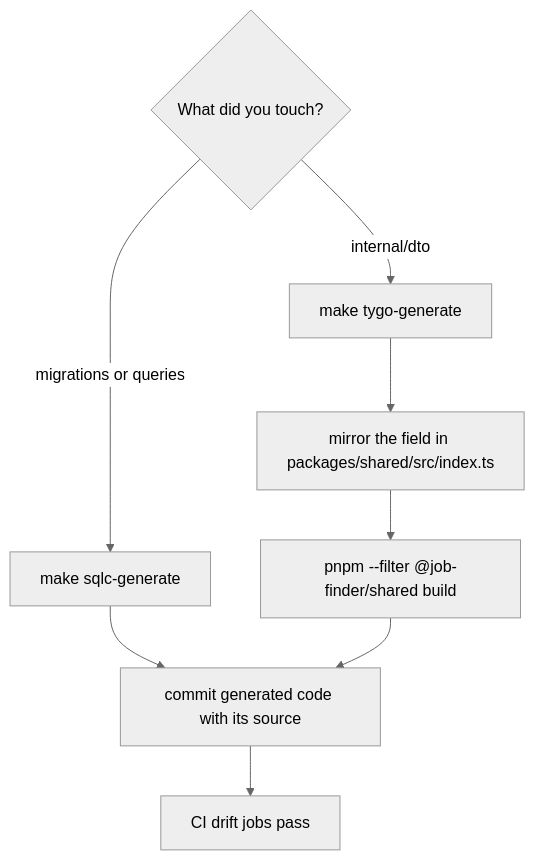
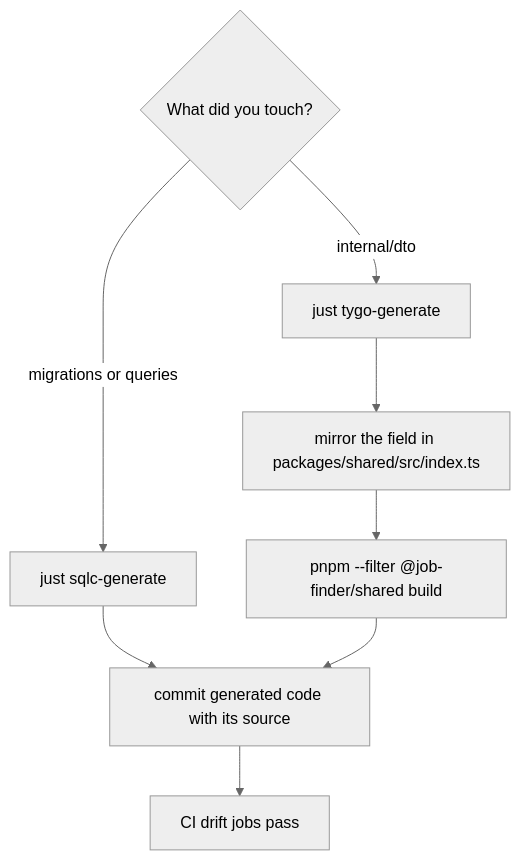
The second of 3 diagrams in docs/docs/operations/contributing.md (nonamecat19/job-finder), drawn with Mermaid (neutral theme) before and after one commit. The commit also changed other lines of this file and 26 other files, not shown here.

````diff
--- a/docs/docs/operations/contributing.md
+++ b/docs/docs/operations/contributing.md
@@ -90,10 +90,10 @@
 ```mermaid
 flowchart TD
-    A{"What did you touch?"} -->|"migrations or queries"| B["make sqlc-generate"]
-    A -->|"internal/dto"| C["make tygo-generate"]
+    A{"What did you touch?"} -->|"migrations or queries"| B["just sqlc-generate"]
+    A -->|"internal/dto"| C["just tygo-generate"]
     C --> D["mirror the field in packages/shared/src/index.ts"]
     D --> E["pnpm --filter @job-finder/shared build"]
     B --> F["commit generated code with its source"]
     E --> F
     F --> G["CI drift jobs pass"]
 ```
````
